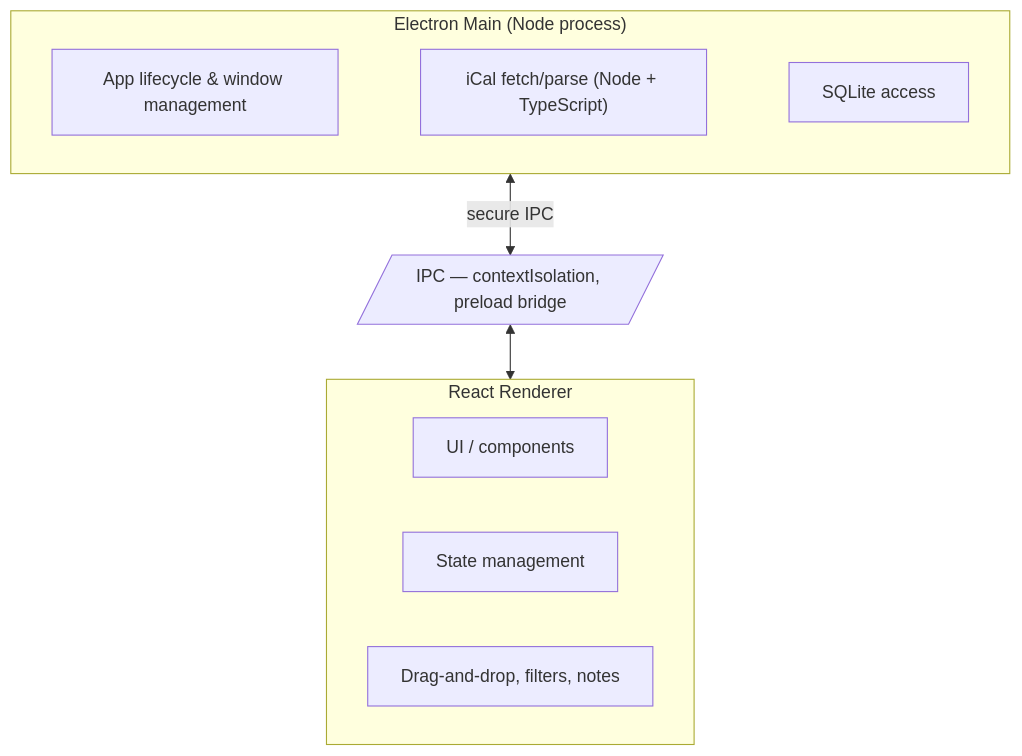
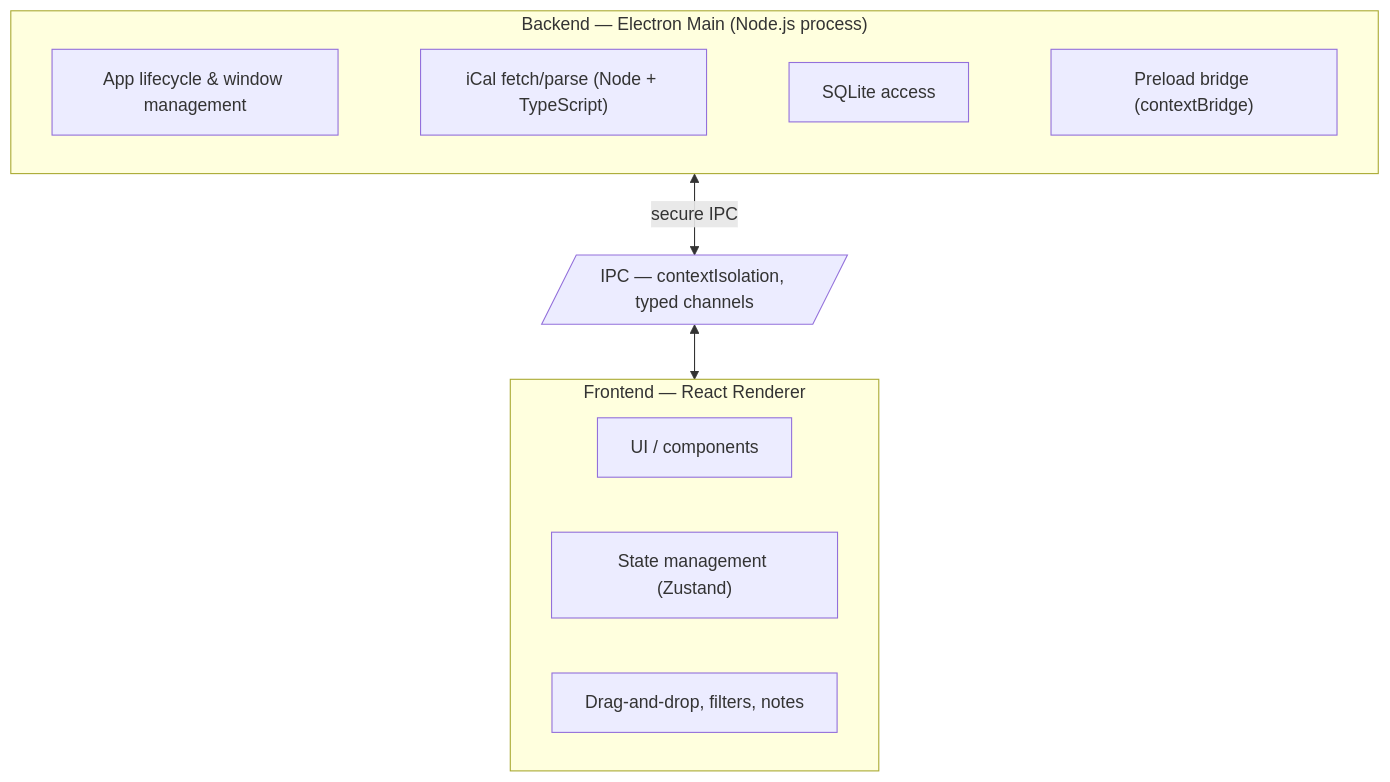
Before and after one commit to DevonYuan/CourseFlow: the diagram in README.md, drawn with Mermaid. The commit also changed other lines of this file and 30 other files, not shown here.

````diff
--- a/README.md
+++ b/README.md
@@ -45,20 +43,21 @@
 ```mermaid
 flowchart TB
-    subgraph Main["Electron Main (Node process)"]
-        M1["App lifecycle & window management"]
-        M2["iCal fetch/parse (Node + TypeScript)"]
-        M3["SQLite access"]
+    subgraph Backend["Backend — Electron Main (Node.js process)"]
+        B1["App lifecycle & window management"]
+        B2["iCal fetch/parse (Node + TypeScript)"]
+        B3["SQLite access"]
+        B4["Preload bridge (contextBridge)"]
     end
 
-    IPC[/"IPC — contextIsolation, preload bridge"/]
+    IPC[/"IPC — contextIsolation, typed channels"/]
 
-    subgraph Renderer["React Renderer"]
-        R1["UI / components"]
-        R2["State management"]
-        R3["Drag-and-drop, filters, notes"]
+    subgraph Frontend["Frontend — React Renderer"]
+        F1["UI / components"]
+        F2["State management (Zustand)"]
+        F3["Drag-and-drop, filters, notes"]
     end
 
-    M1 ~~~ M2 ~~~ M3
-    Main <-->|secure IPC| IPC
-    IPC <--> Renderer
+    B1 ~~~ B2 ~~~ B3 ~~~ B4
+    Backend <-->|secure IPC| IPC
+    IPC <--> Frontend
 ```
````
